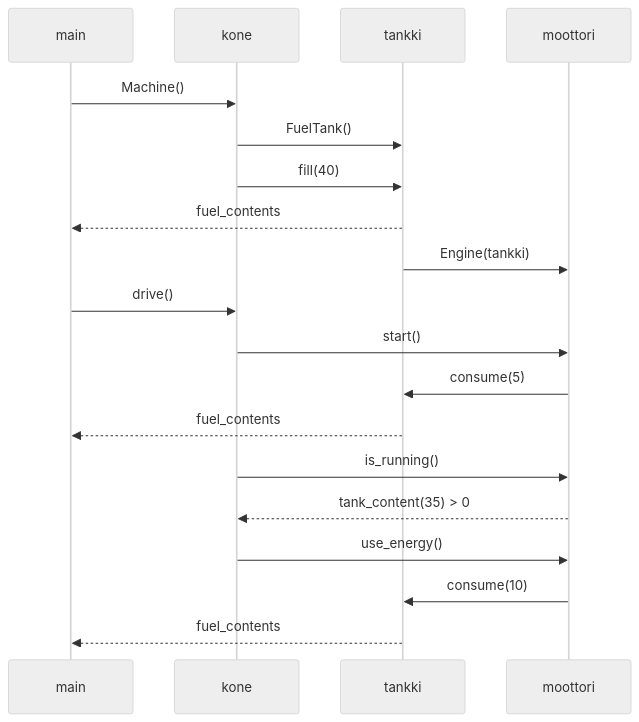
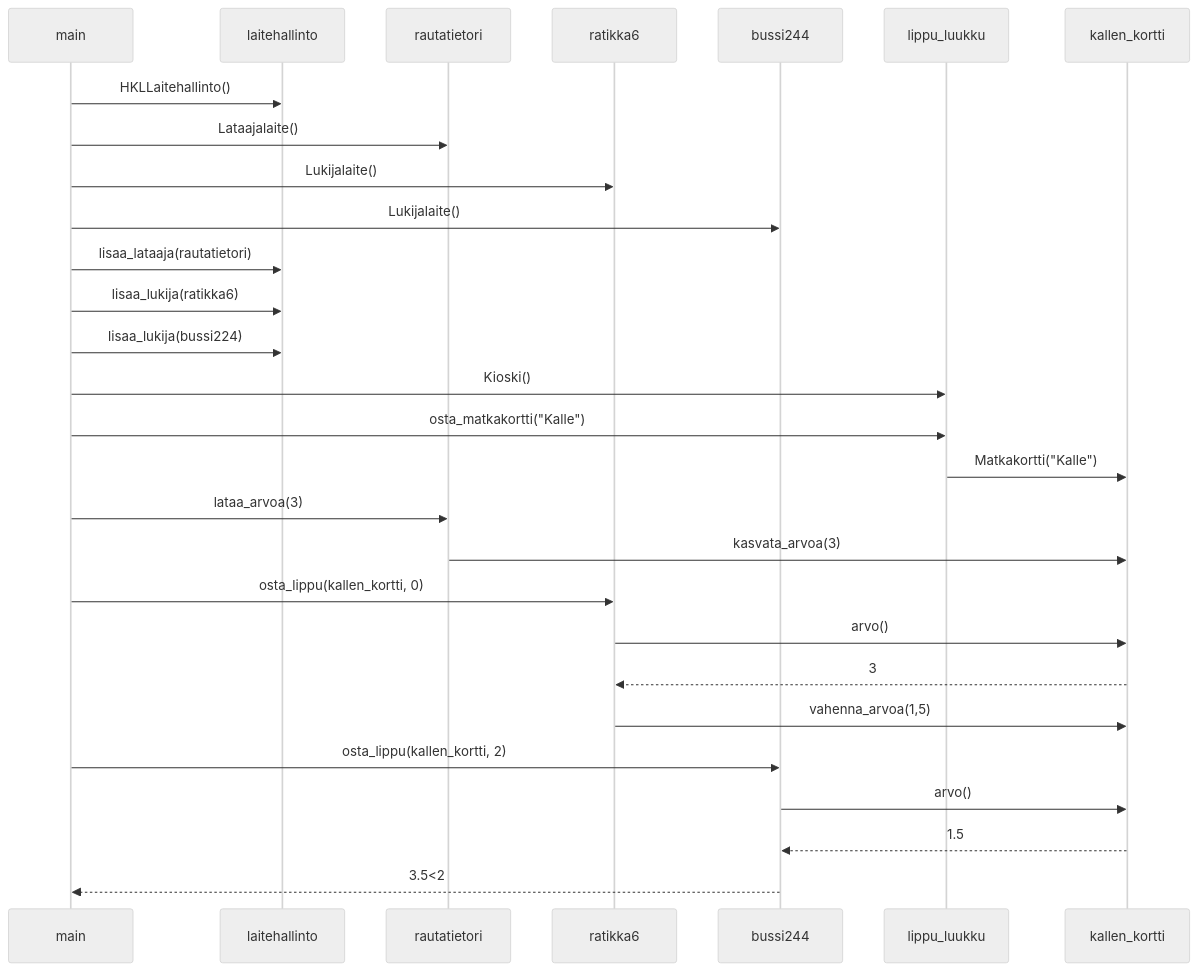
One commit to Kaabero/ot-harjoitustyo changed the diagram in laskarit/viikko3/tehtava4.md. Above: the diagram before and after it, drawn with Mermaid (neutral theme).

````diff
--- a/laskarit/viikko3/tehtava4.md
+++ b/laskarit/viikko3/tehtava4.md
@@ -2,22 +2,27 @@
 ```mermaid
 sequenceDiagram
   participant main
-  participant kone
-  main->>kone: Machine()
-  participant tankki
-  kone->>tankki: FuelTank()
-  kone->>tankki: fill(40)
-  tankki-->>main: fuel_contents
-  participant moottori
-  tankki->>moottori: Engine(tankki)
-  main->>kone: drive()
-  kone->>moottori: start()
-  moottori->>tankki: consume(5)
-  tankki-->>main: fuel_contents
-  kone->>moottori: is_running()
-  moottori-->>kone: tank_content(35) > 0
-  kone->>moottori: use_energy()
-  moottori->>tankki: consume(10)
-  tankki-->>main: fuel_contents
+  main->>laitehallinto: HKLLaitehallinto()
+  main->>rautatietori: Lataajalaite()
+  main->> ratikka6: Lukijalaite()
+  main->>bussi244: Lukijalaite()
+  
+  main->>laitehallinto: lisaa_lataaja(rautatietori)
+  main->>laitehallinto: lisaa_lukija(ratikka6)
+  main->>laitehallinto: lisaa_lukija(bussi224)
+  main->>lippu_luukku: Kioski()
+  main->>lippu_luukku: osta_matkakortti("Kalle")
+  lippu_luukku->>kallen_kortti: Matkakortti("Kalle")
+  main->>rautatietori: lataa_arvoa(3)
+  rautatietori->>kallen_kortti: kasvata_arvoa(3)
+  main->>ratikka6: osta_lippu(kallen_kortti, 0)
+  ratikka6->>kallen_kortti: arvo()
+  kallen_kortti-->>ratikka6: 3
+  ratikka6->>kallen_kortti: vahenna_arvoa(1,5)
+  main->>bussi244: osta_lippu(kallen_kortti, 2)
+  bussi244->>kallen_kortti: arvo()
+  kallen_kortti-->>bussi244: 1.5
+  bussi244-->>main: 3.5<2
+  
 
 ```
````
